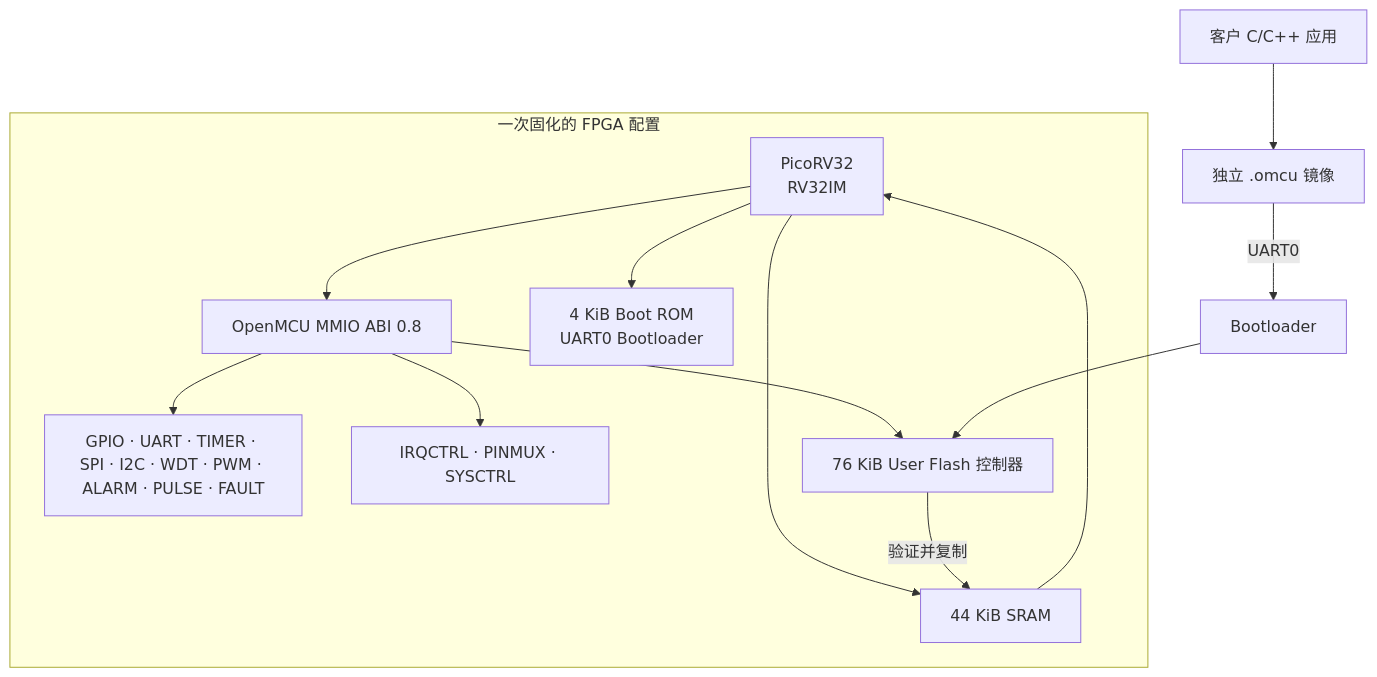
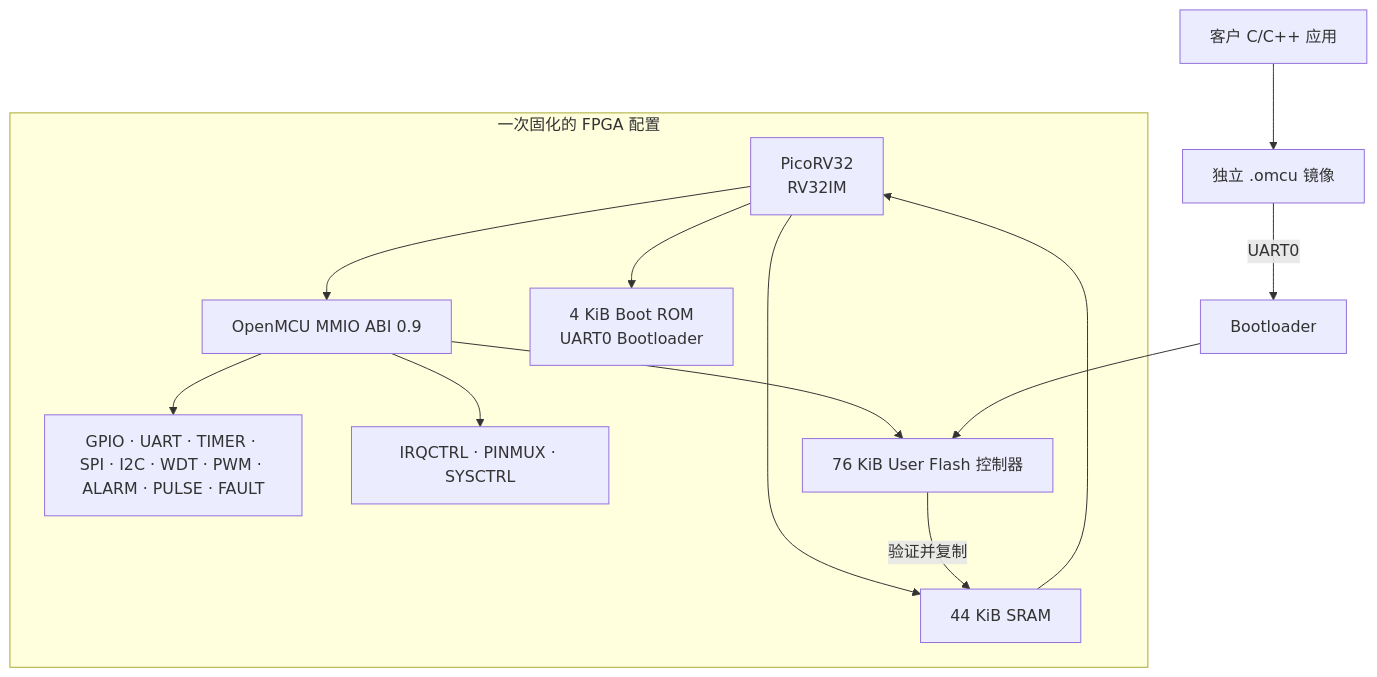
One commit to tianrking/OpenMCU-TN9K changed the first of 2 diagrams in docs/zh-CN/peripheral-pin-specification.md. Above: the diagram before and after it, drawn with Mermaid. The commit also changed other lines of this file and 19 other files, not shown here.

````diff
--- a/docs/zh-CN/peripheral-pin-specification.md
+++ b/docs/zh-CN/peripheral-pin-specification.md
@@ -24,16 +24,16 @@
 ```mermaid
 flowchart TB
   subgraph BIT[一次固化的 FPGA 配置]
-    CPU[PicoRV32\nRV32IM] --> MMIO[OpenMCU MMIO ABI 0.8]
+    CPU[PicoRV32\nRV32IM] --> MMIO[OpenMCU MMIO ABI 0.9]
     CPU --> ROM[4 KiB Boot ROM\nUART0 Bootloader]
     CPU --> SRAM[44 KiB SRAM]
     MMIO --> P[GPIO · UART · TIMER · SPI · I2C · WDT · PWM · ALARM · PULSE · FAULT]
     MMIO --> SYS[IRQCTRL · PINMUX · SYSCTRL]
     MMIO --> UF[76 KiB User Flash 控制器]
   end
   APP[客户 C/C++ 应用] --> IMG[独立 .omcu 镜像]
   IMG -->|UART0| BOOT[Bootloader]
   BOOT --> UF
   UF -->|验证并复制| SRAM
   SRAM --> CPU
 ```
````
